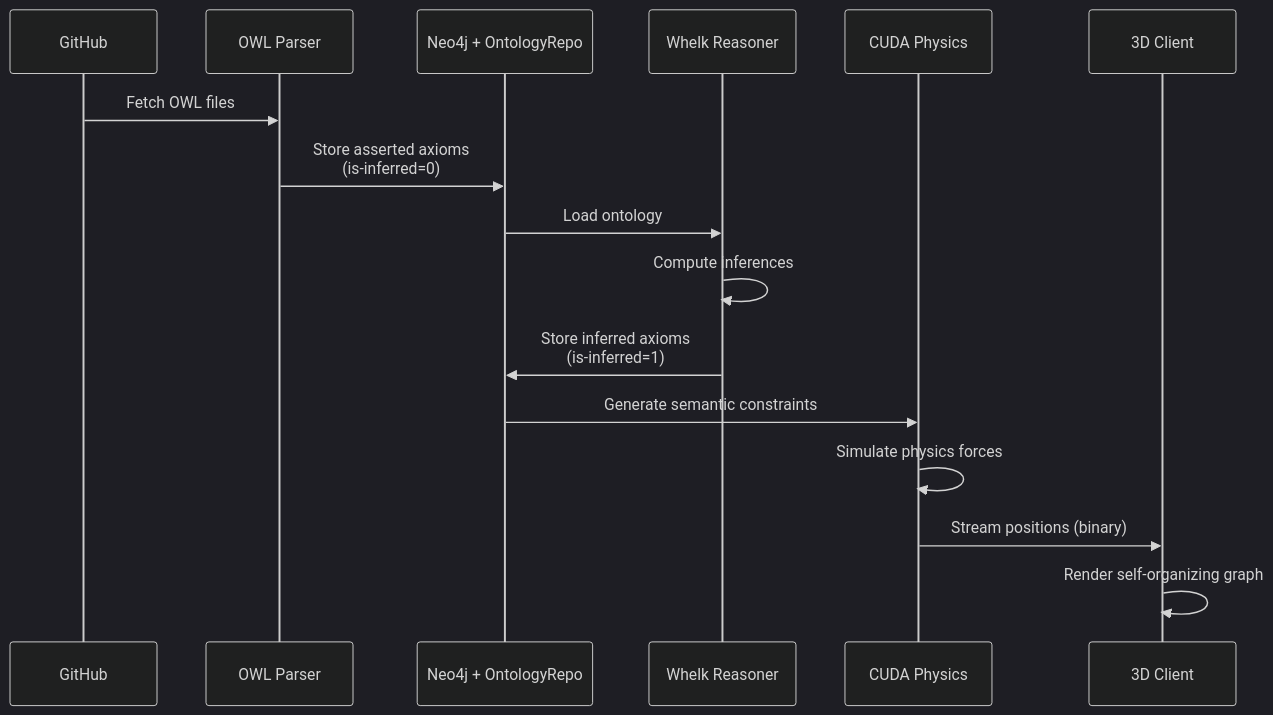
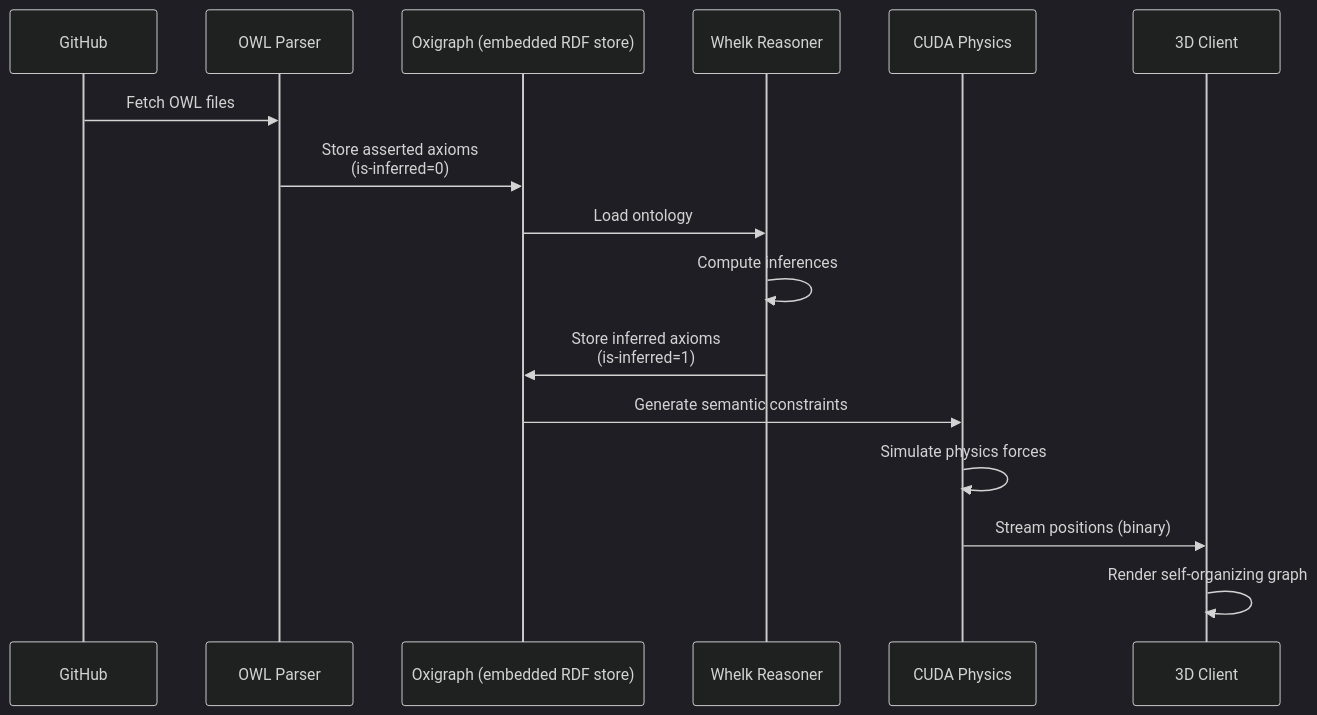
Before and after one commit to shaneholloman/logseq-spring-thing: the second of 4 diagrams in docs/explanation/system-overview.md, drawn with Mermaid (dark theme). The commit also changed other lines of this file and 58 other files, not shown here.

First line of the commit message:
docs: Neo4j→Oxigraph + webxr→visionclaw alignment, physics controls, health probes

````diff
--- a/docs/explanation/system-overview.md
+++ b/docs/explanation/system-overview.md
@@ -81,19 +81,19 @@
 ```mermaid
 sequenceDiagram
     participant GH as GitHub
     participant Parser as OWL Parser
-    participant DB as Neo4j + OntologyRepo
+    participant DB as Oxigraph (embedded RDF store)
     participant Whelk as Whelk Reasoner
     participant GPU as CUDA Physics
     participant Client as 3D Client
 
     GH->>Parser: Fetch OWL files
     Parser->>DB: Store asserted axioms<br/>(is-inferred=0)
     DB->>Whelk: Load ontology
     Whelk->>Whelk: Compute inferences
     Whelk->>DB: Store inferred axioms<br/>(is-inferred=1)
     DB->>GPU: Generate semantic constraints
     GPU->>GPU: Simulate physics forces
     GPU->>Client: Stream positions (binary)
     Client->>Client: Render self-organizing graph
 ```
````
